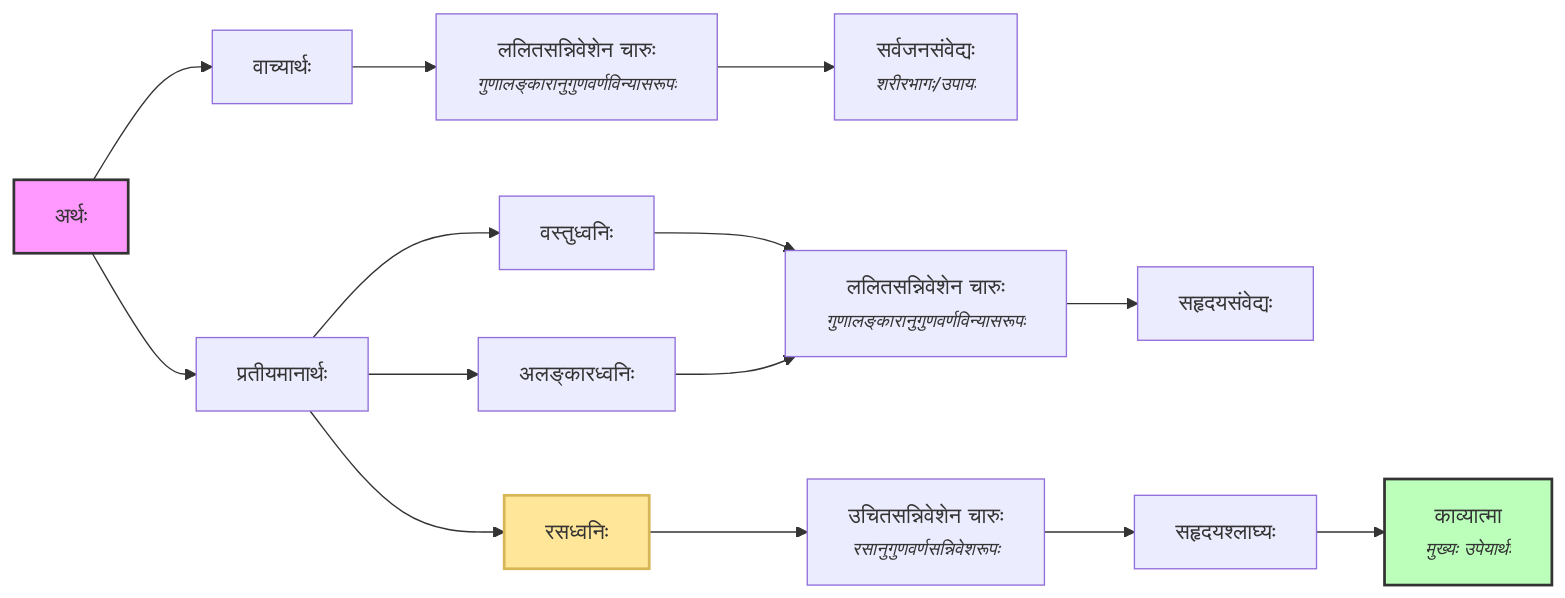
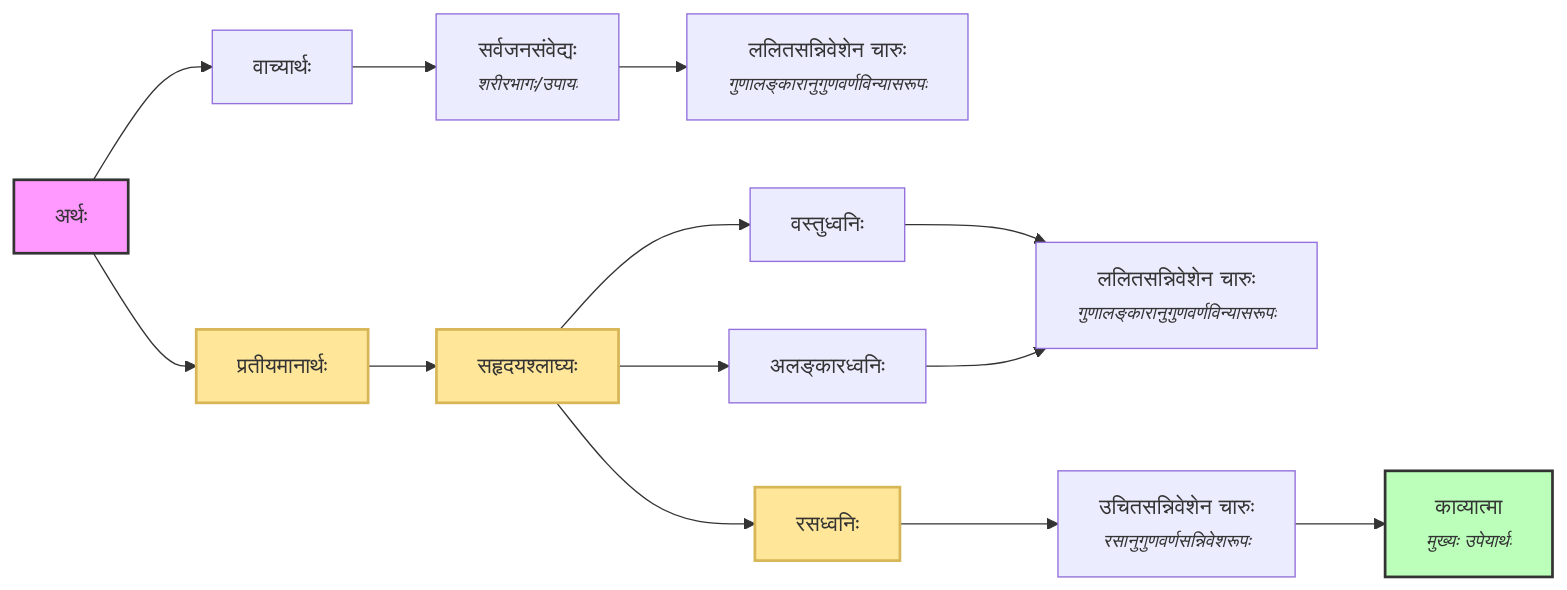
The diagram in shastra/texts/da/01/da1-02.md (vagvibha/sahitya), drawn with Mermaid before and after one commit. The commit also changed 18 other files, not shown here.

````diff
--- a/shastra/texts/da/01/da1-02.md
+++ b/shastra/texts/da/01/da1-02.md
@@ -74,29 +74,28 @@
 ```mermaid
 
 graph LR
     A["अर्थः"] --> B["वाच्यार्थः"]
     A --> C["प्रतीयमानार्थः"]
 
-    B --> B1["ललितसन्निवेशेन चारुः<br/><small><i>गुणालङ्कारानुगुणवर्णविन्यासरूपः</i></small>"]
-    B1 --> B2["सर्वजनसंवेद्यः<br/><small><i>शरीरभागः/उपायः</i><small>"]
+    B --> B1["सर्वजनसंवेद्यः<br/><small><i>शरीरभागः/उपायः</i><small>"]
+    B1 --> B2["ललितसन्निवेशेन चारुः<br/><small><i>गुणालङ्कारानुगुणवर्णविन्यासरूपः</i></small>"]
 
-    C --> C1["वस्तुध्वनिः"]
-    C --> C2["अलङ्कारध्वनिः"]
-    C --> C3["रसध्वनिः"]
+    C --> D["सहृदयश्लाघ्यः"]
+    D --> D1["वस्तुध्वनिः"]
+    D --> D2["अलङ्कारध्वनिः"]
+    D --> D3["रसध्वनिः"]
 
-    C1 --> D["ललितसन्निवेशेन चारुः<br/><small><i>गुणालङ्कारानुगुणवर्णविन्यासरूपः</i></small>"]
-    D --> E["सहृदयसंवेद्यः"]
-    C2 --> D
+    D1 --> E1["ललितसन्निवेशेन चारुः<br/><small><i>गुणालङ्कारानुगुणवर्णविन्यासरूपः</i></small>"]
+    D2 --> E1
 
-    C3 --> C4["उचितसन्निवेशेन चारुः<br/><small><i>रसानुगुणवर्णसन्निवेशरूपः<i></small>"]
-    C4 --> C5["सहृदयश्लाघ्यः"]
-    C5 --> C6["काव्यात्मा<br/><small><i>मुख्यः उपेयार्थः</i></small>"]
+    D3 --> E2["उचितसन्निवेशेन चारुः<br/><small><i>रसानुगुणवर्णसन्निवेशरूपः<i></small>"]
+    E2 --> F["काव्यात्मा<br/><small><i>मुख्यः उपेयार्थः</i></small>"]
 
     %% Styling
     classDef main fill:#f9f,stroke:#333,stroke-width:2px;
     classDef soul fill:#bfb,stroke:#333,stroke-width:2px;
     classDef rasa fill:#ffe699,stroke:#d6b656,stroke-width:2px;
     class A main;
-    class C3 rasa;
-    class C6 soul;    
+    class D,C,D3 rasa;
+    class F soul;    
 ```
````
